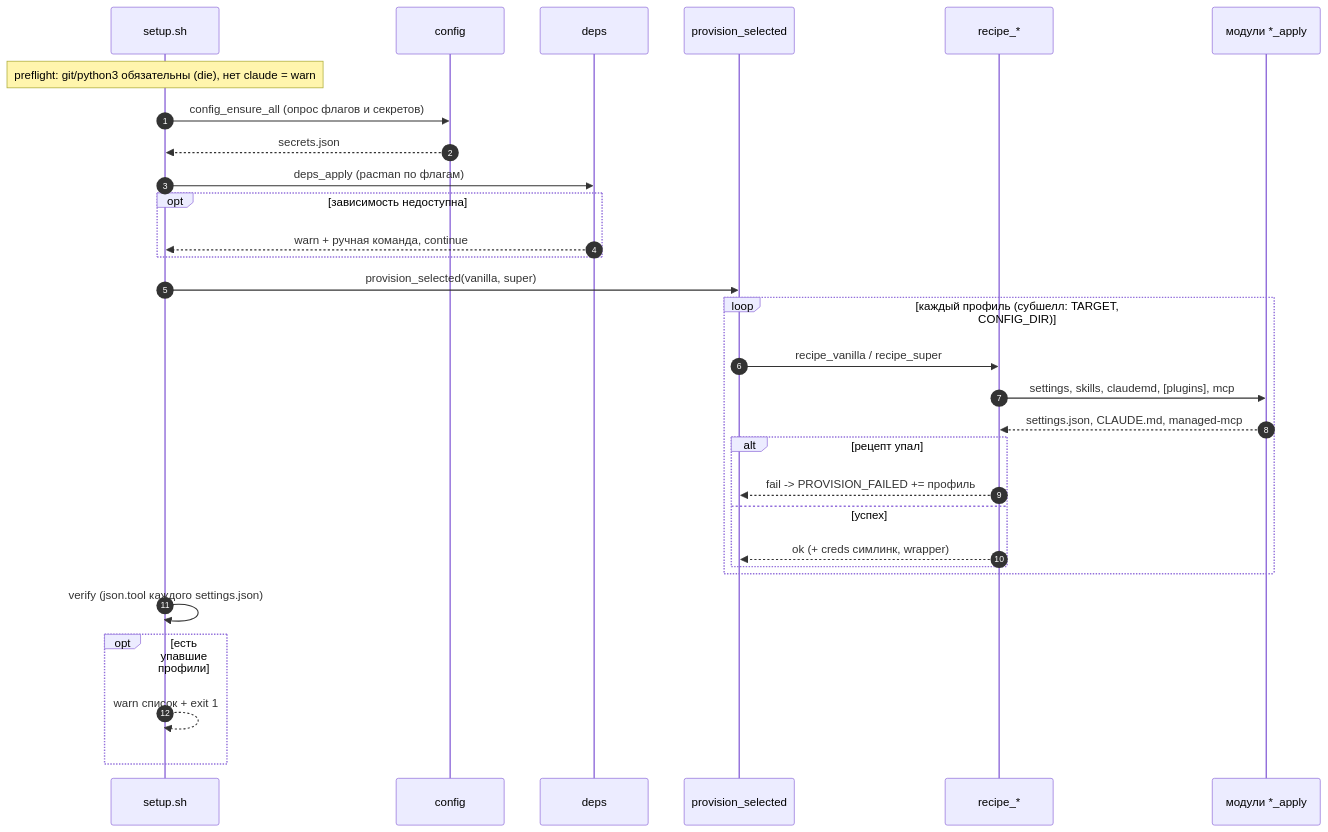
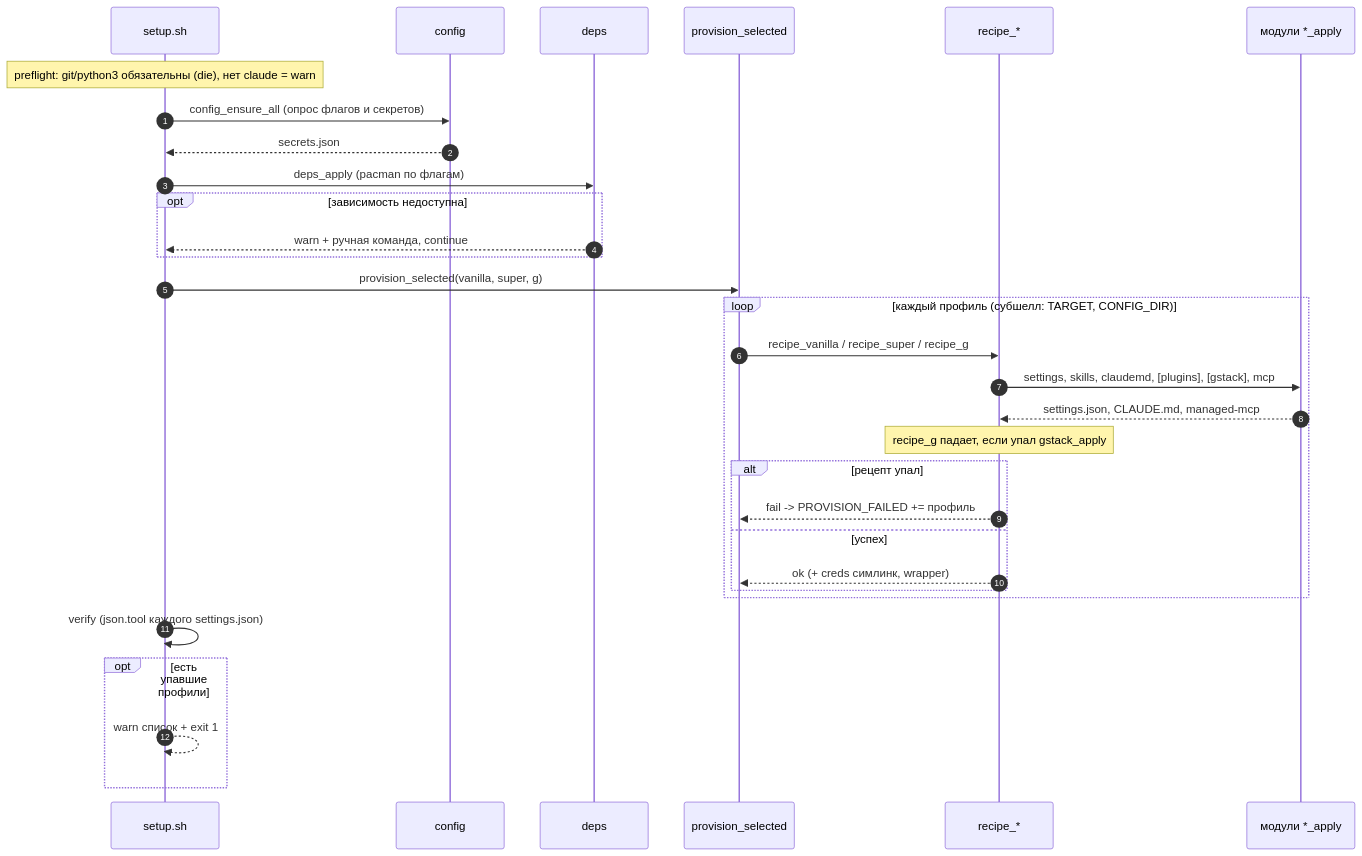
Before and after one commit to stpntkhnv/claudefiles: the third of 4 diagrams in docs/architecture.md, drawn with Mermaid. The commit also changed other lines of this file and 6 other files, not shown here.

````diff
--- a/docs/architecture.md
+++ b/docs/architecture.md
@@ -62,32 +65,33 @@
 ```mermaid
 sequenceDiagram
   autonumber
   participant U as setup.sh
   participant C as config
   participant D as deps
   participant P as provision_selected
   participant R as recipe_*
   participant M as модули *_apply
   Note over U: preflight: git/python3 обязательны (die), нет claude = warn
   U->>C: config_ensure_all (опрос флагов и секретов)
   C-->>U: secrets.json
   U->>D: deps_apply (pacman по флагам)
   opt зависимость недоступна
     D-->>U: warn + ручная команда, continue
   end
-  U->>P: provision_selected(vanilla, super)
+  U->>P: provision_selected(vanilla, super, g)
   loop каждый профиль (субшелл: TARGET, CONFIG_DIR)
-    P->>R: recipe_vanilla / recipe_super
-    R->>M: settings, skills, claudemd, [plugins], mcp
+    P->>R: recipe_vanilla / recipe_super / recipe_g
+    R->>M: settings, skills, claudemd, [plugins], [gstack], mcp
     M-->>R: settings.json, CLAUDE.md, managed-mcp
+    Note over R: recipe_g падает, если упал gstack_apply
     alt рецепт упал
       R-->>P: fail -> PROVISION_FAILED += профиль
     else успех
       R-->>P: ok (+ creds симлинк, wrapper)
     end
   end
   U->>U: verify (json.tool каждого settings.json)
   opt есть упавшие профили
     U-->>U: warn список + exit 1
   end
 ```
````
